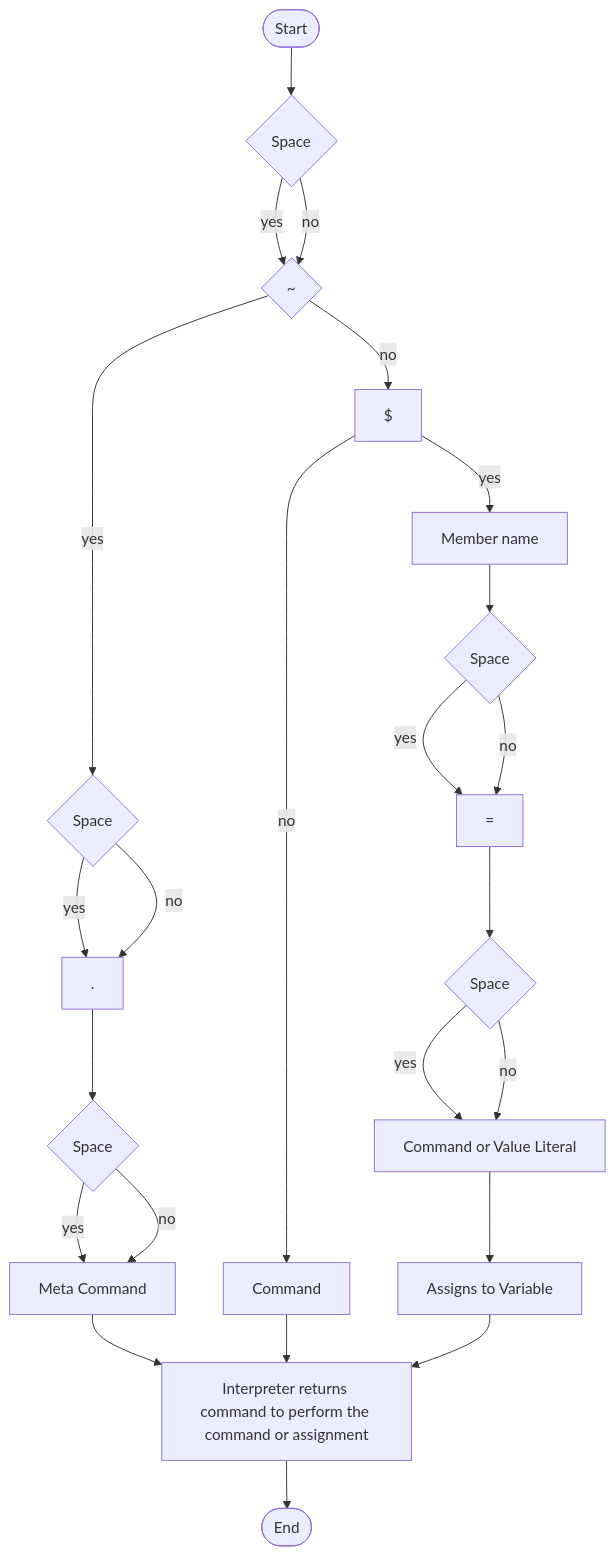
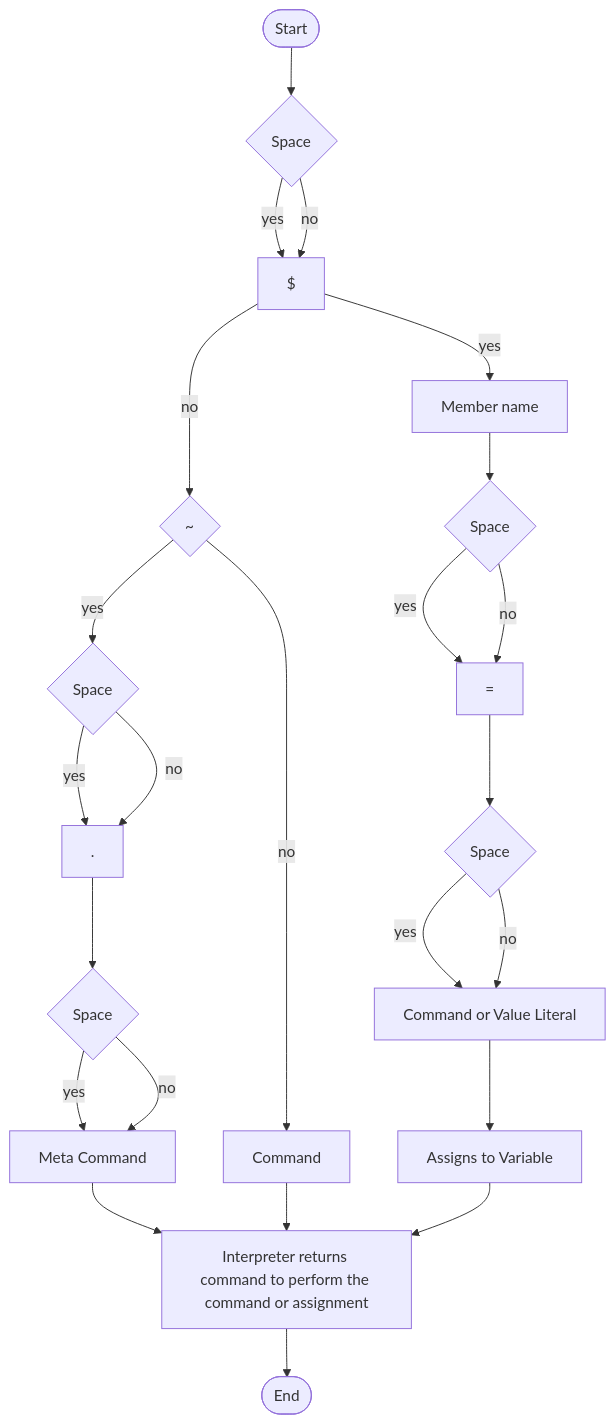
The first of 2 diagrams in Command Runner/evaluation_flow.md (GSR-Os76/Intrinsic-Chainable), drawn with Mermaid before and after one commit. The commit also changed other lines of this file and 6 other files, not shown here.

````diff
--- a/Command Runner/evaluation_flow.md
+++ b/Command Runner/evaluation_flow.md
@@ -2,63 +2,63 @@
 ```mermaid
 flowchart
 
     0([Start])
     0 --> s1
 
     s1{Space}
-    s1 -->|yes| metaCmdChar
-    s1 -->|no| metaCmdChar
+    s1 -->|yes| varC
+    s1 -->|no| varC
 
 
     metaCmdChar{~}
     metaCmdChar -->|yes|s4
-    metaCmdChar -->|no|varC
+    metaCmdChar -->|no|isCmd
 
     varC[$]
     varC -->|yes|mName1
-    varC -->|no|isCmd
+    varC -->|no|metaCmdChar
 
     s4{Space}
     s4 -->|yes| p1
     s4 -->|no| p1
     
     p1[.]
     p1 --> s5
 
     s5{Space}
     s5 -->|yes| metaCmd
     s5 -->|no| metaCmd
 
     metaCmd[Meta Command]
     metaCmd --> valRetrn
 
     mName1[Member name]
     mName1 --> s2
 
     s2{Space}
     s2 -->|yes| assignOp
     s2 -->|no| assignOp
 
     assignOp[=]
     assignOp -->s3
 
     isCmd[Command]
     isCmd --> valRetrn
 
     s3{Space}
     s3 -->|yes| c1
     s3 -->|no| c1
 
     c1[Command or Value Literal]
     c1 --> ass
 
     ass[Assigns to Variable]
     ass --> valRetrn
 
     valRetrn[Interpreter returns command to perform the command or assignment]
     valRetrn --> 0r
 
     0r([End])
 
 
 ```
````
